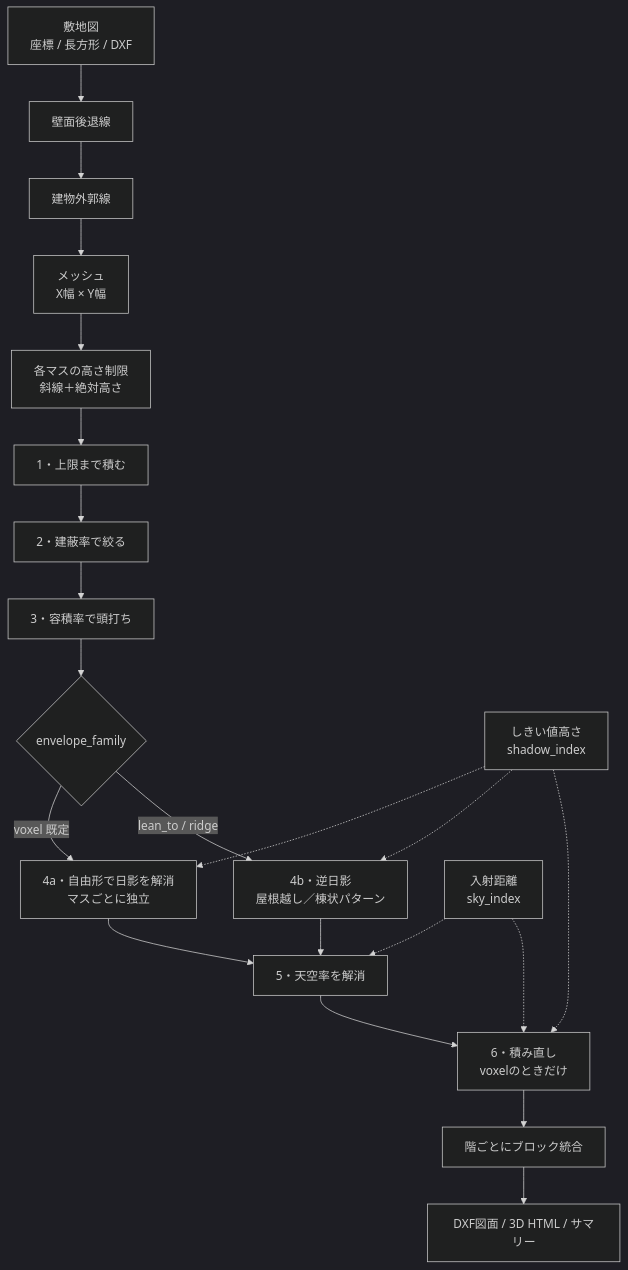
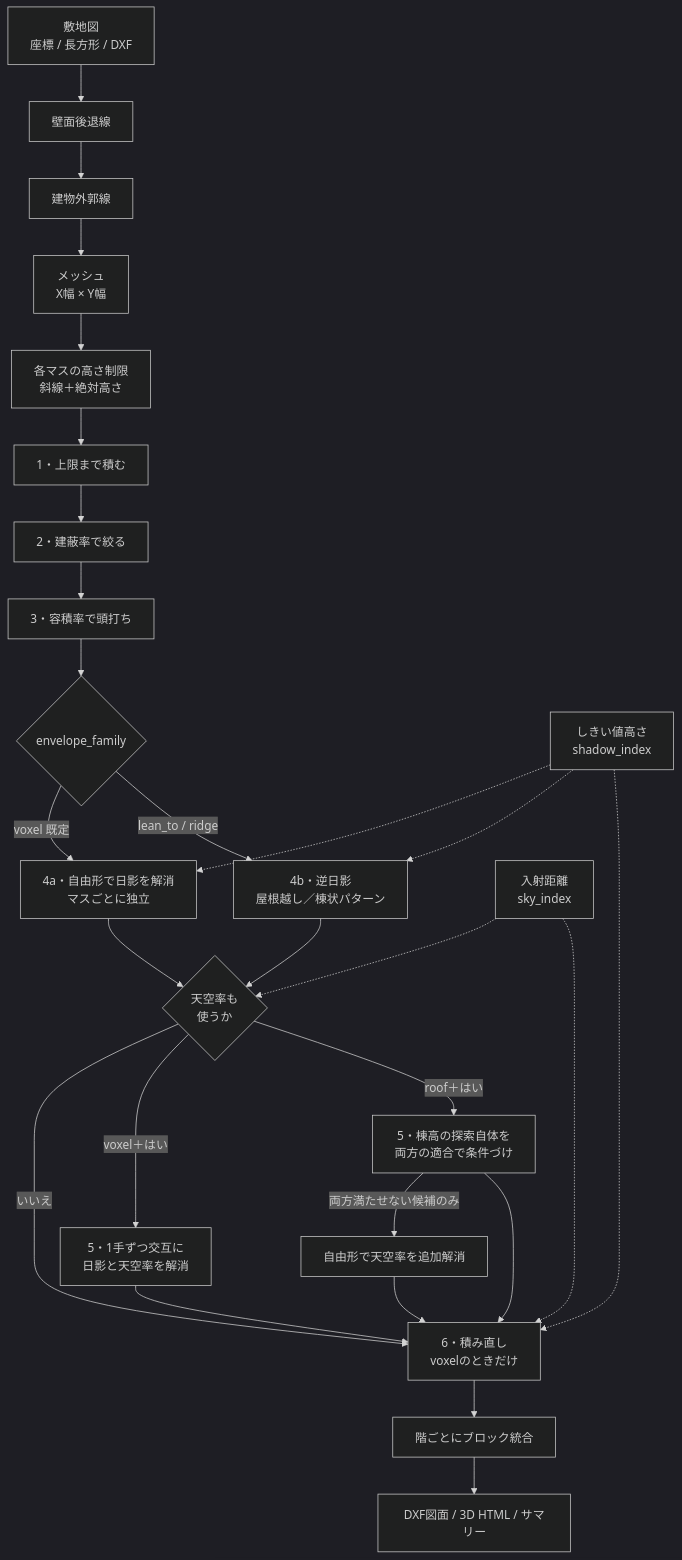
The diagram in docs/mve/design_spec.md (naoki-ohashi/sim), drawn with Mermaid (dark theme) before and after one commit. The commit also changed other lines of this file and 3 other files, not shown here.

````diff
--- a/docs/mve/design_spec.md
+++ b/docs/mve/design_spec.md
@@ -336,24 +336,30 @@
 ```mermaid
 flowchart TD
     A[敷地図<br/>座標 / 長方形 / DXF] --> B[壁面後退線]
     B --> C[建物外郭線]
     C --> D[メッシュ<br/>X幅 × Y幅]
     D --> E[各マスの高さ制限<br/>斜線＋絶対高さ]
     E --> F[1・上限まで積む]
     F --> G[2・建蔽率で絞る]
     G --> H[3・容積率で頭打ち]
     H --> I{envelope_family}
     I -->|voxel 既定| I1[4a・自由形で日影を解消<br/>マスごとに独立]
     I -->|lean_to / ridge| I2[4b・逆日影<br/>屋根越し／棟状パターン]
-    I1 --> S[5・天空率を解消]
+    I1 --> S{天空率も<br/>使うか}
     I2 --> S
-    S --> J[6・積み直し<br/>voxelのときだけ]
+    S -->|いいえ| J[6・積み直し<br/>voxelのときだけ]
+    S -->|voxel＋はい| S1[5・1手ずつ交互に<br/>日影と天空率を解消]
+    S -->|roof＋はい| S2[5・棟高の探索自体を<br/>両方の適合で条件づけ]
+    S1 --> J
+    S2 -->|両方満たせない候補のみ| S3[自由形で天空率を追加解消]
+    S3 --> J
+    S2 --> J
     J --> K[階ごとにブロック統合]
     K --> L[DXF図面 / 3D HTML / サマリー]
 
     M[しきい値高さ<br/>shadow_index] -.-> I1
     M -.-> I2
     M -.-> J
     N[入射距離<br/>sky_index] -.-> S
     N -.-> J
 ```
````
